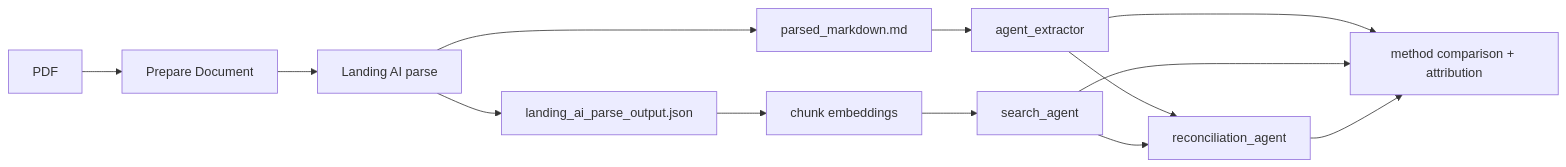
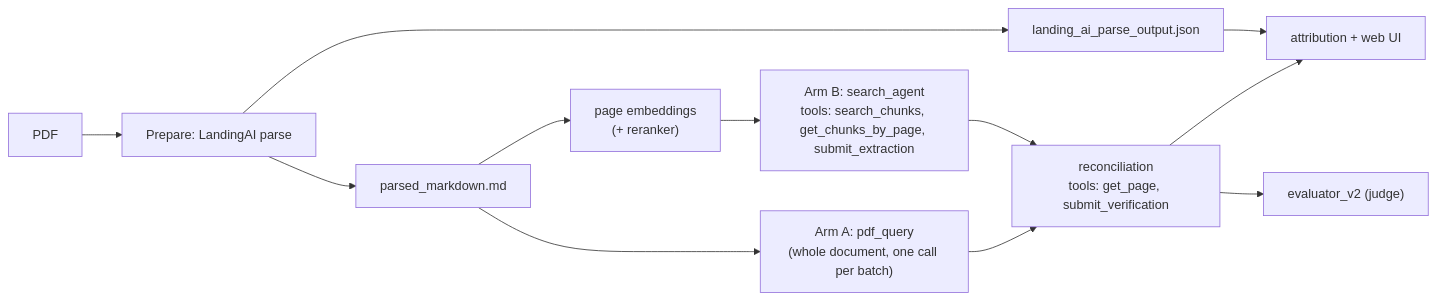
One commit to CoRAL-ASU/EviSearch changed the diagram in README.md. Above: the diagram before and after it, drawn with Mermaid. The commit also changed other lines of this file and 17 other files, not shown here.

````diff
--- a/README.md
+++ b/README.md
@@ -15,15 +8,14 @@
 ```mermaid
 flowchart LR
-    A[PDF] --> B[Prepare Document]
-    B --> C[Landing AI parse]
-    C --> D[parsed_markdown.md]
-    C --> E[landing_ai_parse_output.json]
-    D --> F[agent_extractor]
-    E --> G[chunk embeddings]
-    G --> H[search_agent]
-    F --> I[reconciliation_agent]
-    H --> I
-    F --> J[method comparison + attribution]
-    H --> J
-    I --> J
+    PDF --> Prep["Prepare: LandingAI parse"]
+    Prep --> MD[parsed_markdown.md]
+    Prep --> PJ[landing_ai_parse_output.json]
+    MD --> A["Arm A: pdf_query<br/>(whole document, one call per batch)"]
+    MD --> Emb["page embeddings<br/>(+ reranker)"]
+    Emb --> B["Arm B: search_agent<br/>tools: search_chunks, get_chunks_by_page, submit_extraction"]
+    A --> R["reconciliation<br/>tools: get_page, submit_verification"]
+    B --> R
+    R --> Attr["attribution + web UI"]
+    PJ --> Attr
+    R --> Eval["evaluator_v2 (judge)"]
 ```
````
